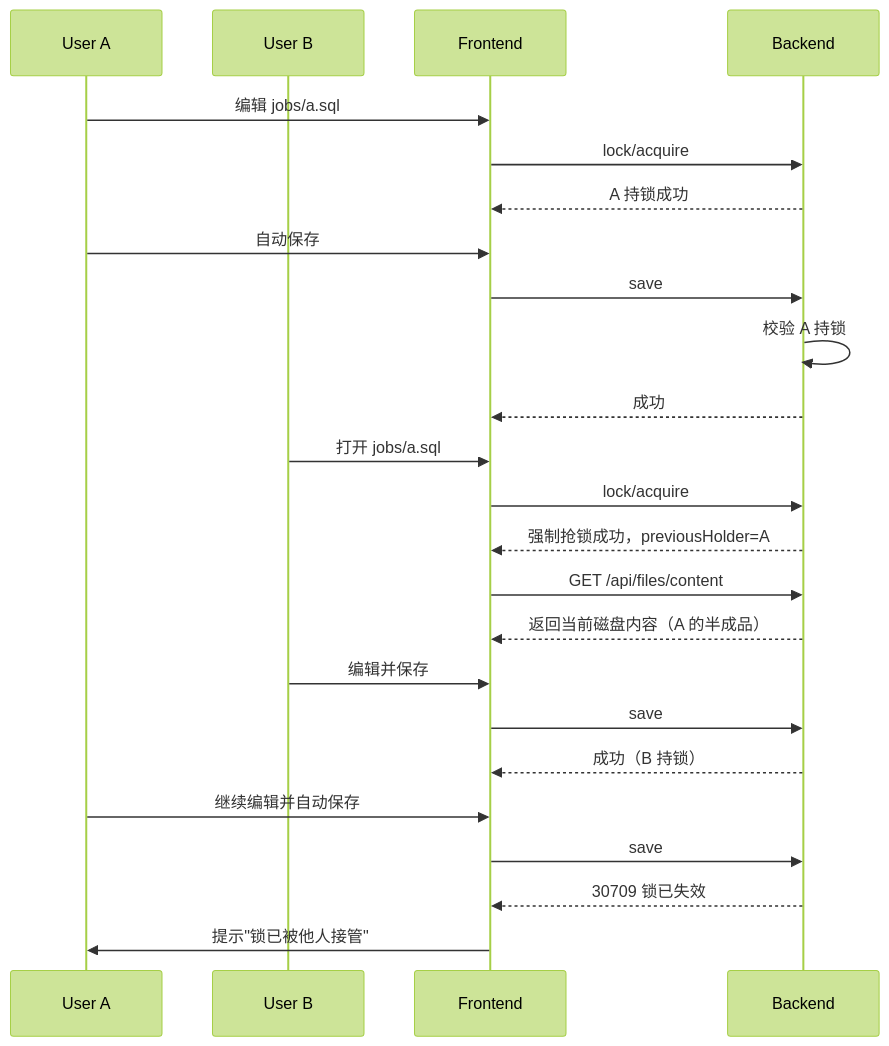
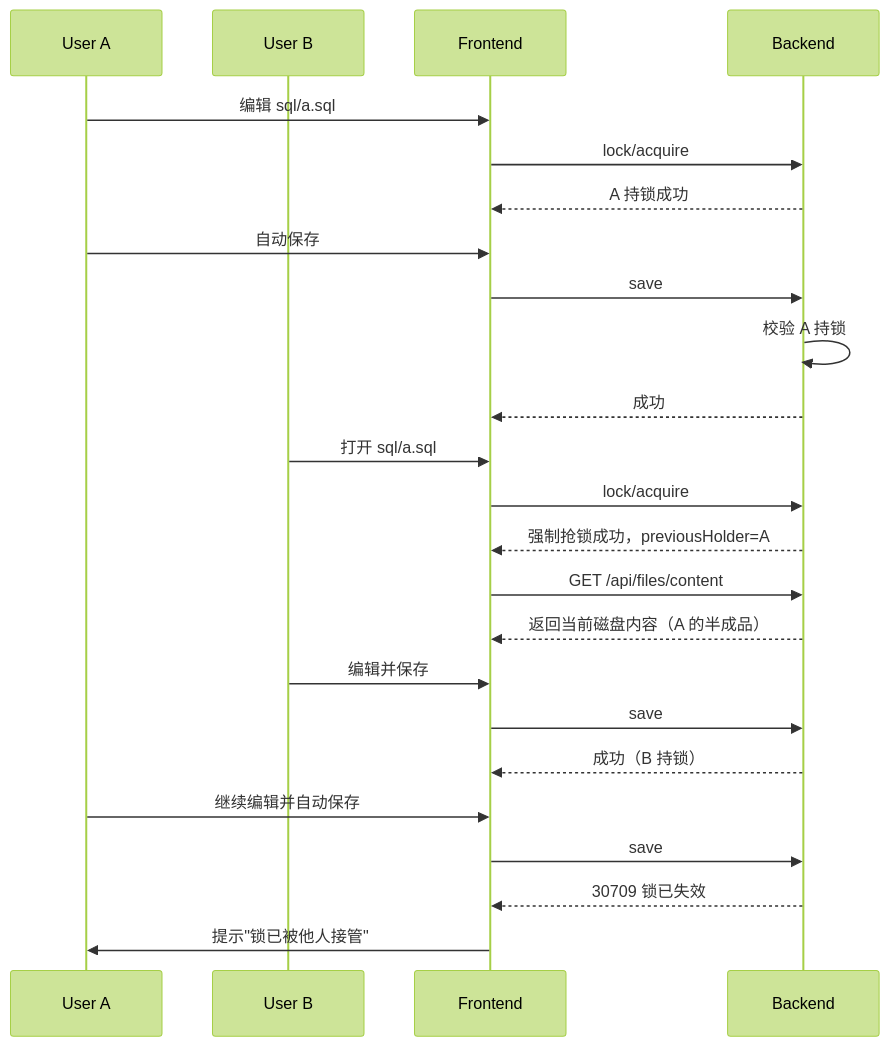
One commit to tonyabasy/lanting-stream-ce changed the third of 8 diagrams in docs/backend/file-system-spec.md. Above: the diagram before and after it, drawn with Mermaid (forest theme). The commit also changed other lines of this file and 46 other files, not shown here.

````diff
--- a/docs/backend/file-system-spec.md
+++ b/docs/backend/file-system-spec.md
@@ -240,27 +240,27 @@
 ```mermaid
 sequenceDiagram
     participant A as User A
     participant B as User B
     participant F as Frontend
     participant S as Backend
 
-    A->>F: 编辑 jobs/a.sql
+    A->>F: 编辑 sql/a.sql
     F->>S: lock/acquire
     S-->>F: A 持锁成功
     A->>F: 自动保存
     F->>S: save
     S->>S: 校验 A 持锁
     S-->>F: 成功
-    B->>F: 打开 jobs/a.sql
+    B->>F: 打开 sql/a.sql
     F->>S: lock/acquire
     S-->>F: 强制抢锁成功，previousHolder=A
     F->>S: GET /api/files/content
     S-->>F: 返回当前磁盘内容（A 的半成品）
     B->>F: 编辑并保存
     F->>S: save
     S-->>F: 成功（B 持锁）
     A->>F: 继续编辑并自动保存
     F->>S: save
     S-->>F: 30709 锁已失效
     F->>A: 提示"锁已被他人接管"
 ```
````
